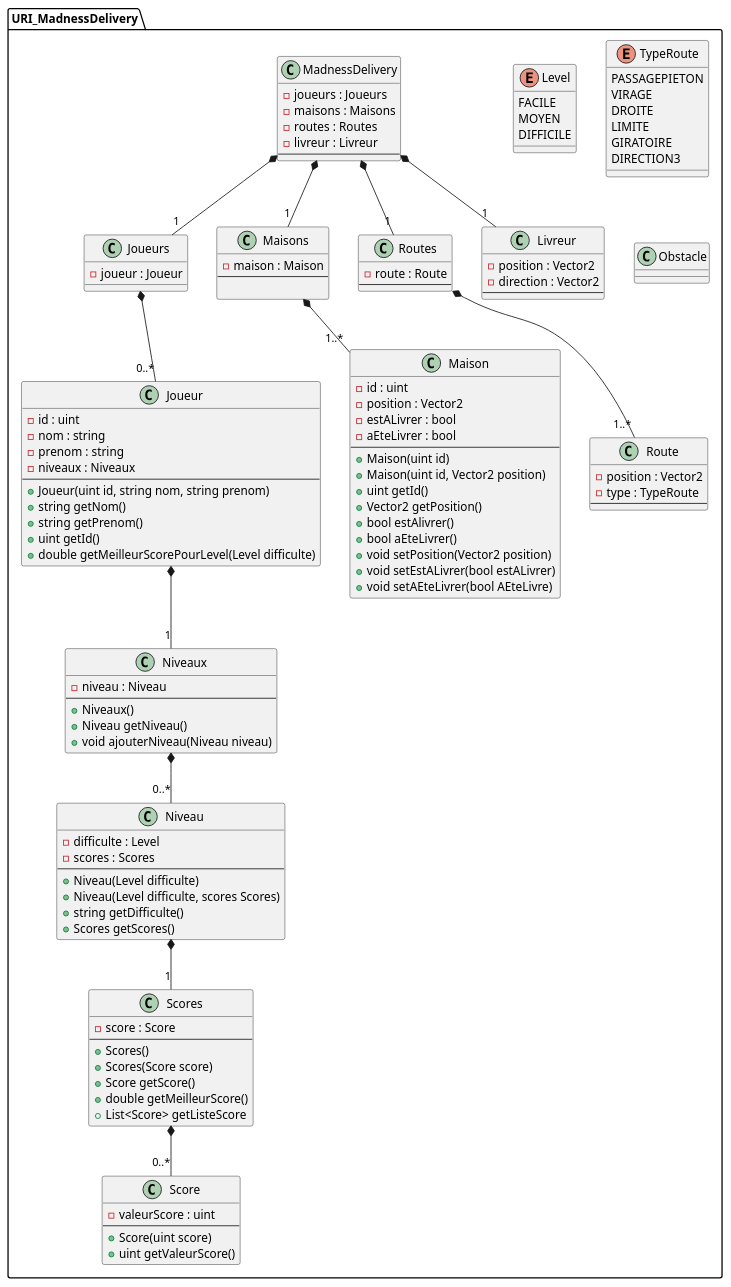
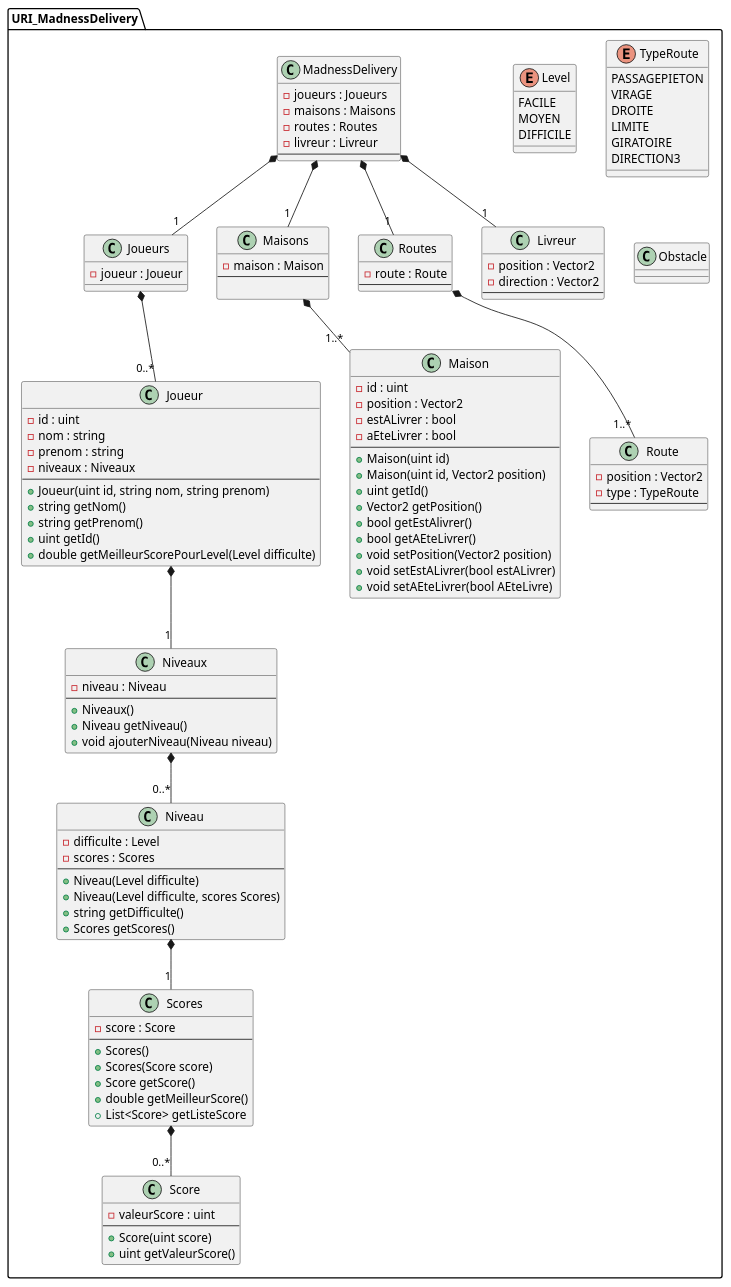
Before and after one commit to AliouGN224/MadnessDelivery: the diagram in UML/madnessDelivery_ClassDiagram.puml, drawn with PlantUML.

Commit message:
Diagramme de classe

```diff
--- a/UML/madnessDelivery_ClassDiagram.puml
+++ b/UML/madnessDelivery_ClassDiagram.puml
@@ -1,141 +1,141 @@
 @startuml
 
 namespace URI_MadnessDelivery {
 
 class Joueurs{
     - joueur : Joueur
 }
 
 class Joueur {
     - id : uint
     - nom : string
     - prenom : string
     - niveaux : Niveaux
     ---
     + Joueur(uint id, string nom, string prenom)
     + string getNom()
     + string getPrenom()
     + uint getId()
     + double getMeilleurScorePourLevel(Level difficulte)
 }
 
 class Niveaux{
     - niveau : Niveau
     ---
     + Niveaux()
     + Niveau getNiveau()
     + void ajouterNiveau(Niveau niveau)
 }
 
 class Niveau{
     - difficulte : Level
     - scores : Scores
     ---
     + Niveau(Level difficulte)
     + Niveau(Level difficulte, scores Scores)
     + string getDifficulte()
     + Scores getScores()
 }
 
 class Scores{
     - score : Score
     ---
     + Scores()
     + Scores(Score score)
     + Score getScore()
     + double getMeilleurScore()
     + List<Score> getListeScore
 }
 
 class Score{
     - valeurScore : uint
     ---
     + Score(uint score)
     + uint getValeurScore()
 }
 
 enum Level{
     FACILE
     MOYEN
     DIFFICILE
 }
 
 class Maisons{
     - maison : Maison
     ---
     
 }
 
 class Maison{
     - id : uint
     - position : Vector2
     - estALivrer : bool
     - aEteLivrer : bool
     ---
     + Maison(uint id)
     + Maison(uint id, Vector2 position)
     + uint getId()
     + Vector2 getPosition()
-    + bool estAlivrer()
-    + bool aEteLivrer()
+    + bool getEstAlivrer()
+    + bool getAEteLivrer()
     + void setPosition(Vector2 position)
     + void setEstALivrer(bool estALivrer)
     + void setAEteLivrer(bool AEteLivre)
 }
 
 class Routes{
     - route : Route
     ---
 }
 
 class Route{
     - position : Vector2
     - type : TypeRoute
     ---
 }
 
 enum TypeRoute{
     PASSAGEPIETON
     VIRAGE
     DROITE
     LIMITE
     GIRATOIRE
     DIRECTION3
 }
 
 class Livreur{
     - position : Vector2
     - direction : Vector2
     ---
 }
 
 class Obstacle{
 
 }
 
 class MadnessDelivery {
     - joueurs : Joueurs
     - maisons : Maisons
     - routes : Routes
     - livreur : Livreur
     ---
 }
 
 
 MadnessDelivery *-- "1" Joueurs
 MadnessDelivery *-- "1" Maisons
 MadnessDelivery *-- "1" Routes
 MadnessDelivery *-- "1" Livreur
 
 Joueurs *-- "0..*" Joueur
 Maisons *-- "1..*" Maison
 Routes *-- "1..*" Route
 
 Joueur *-- "1" Niveaux
 Niveaux *-- "0..*" Niveau
 Niveau *-- "1" Scores
 Scores *-- "0..*" Score
 
 
 }
 @enduml
```
